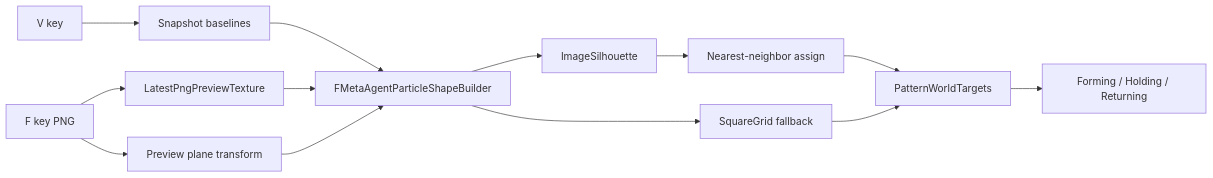
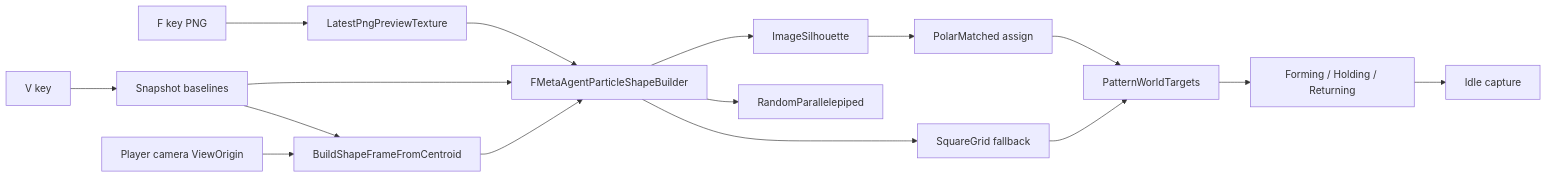
Diagram 13 of 15 in README.md (vecnode/metaagent-ue5-plugin), drawn with Mermaid before and after one commit. The commit also changed other lines of this file and 24 other files, not shown here.

````diff
--- a/README.md
+++ b/README.md
@@ -667,15 +773,18 @@
 ```mermaid
 flowchart LR
     F[F key PNG] --> TEX[LatestPngPreviewTexture]
-    F --> PLANE[Preview plane transform]
     V[V key] --> SNAP[Snapshot baselines]
     SNAP --> BUILD[FMetaAgentParticleShapeBuilder]
     TEX --> BUILD
-    PLANE --> BUILD
+    CAM[Player camera ViewOrigin] --> FRAME[BuildShapeFrameFromCentroid]
+    SNAP --> FRAME
+    FRAME --> BUILD
     BUILD --> IMG[ImageSilhouette]
+    BUILD --> BOX[RandomParallelepiped]
     BUILD --> GRID[SquareGrid fallback]
-    IMG --> NN[Nearest-neighbor assign]
-    NN --> TGT[PatternWorldTargets]
+    IMG --> ASSIGN[PolarMatched assign]
+    ASSIGN --> TGT[PatternWorldTargets]
     GRID --> TGT
-    TGT --> FSM[Forming / Holding / Returning]
+    TGT --> CHOREO[Forming / Holding / Returning]
+    CHOREO --> IDLE[Idle capture]
 ```
````
